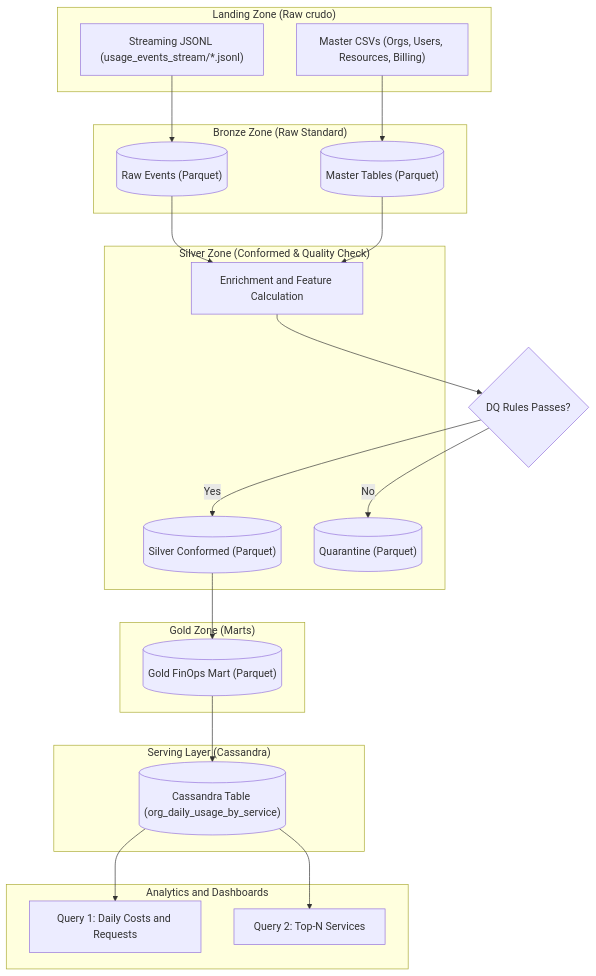
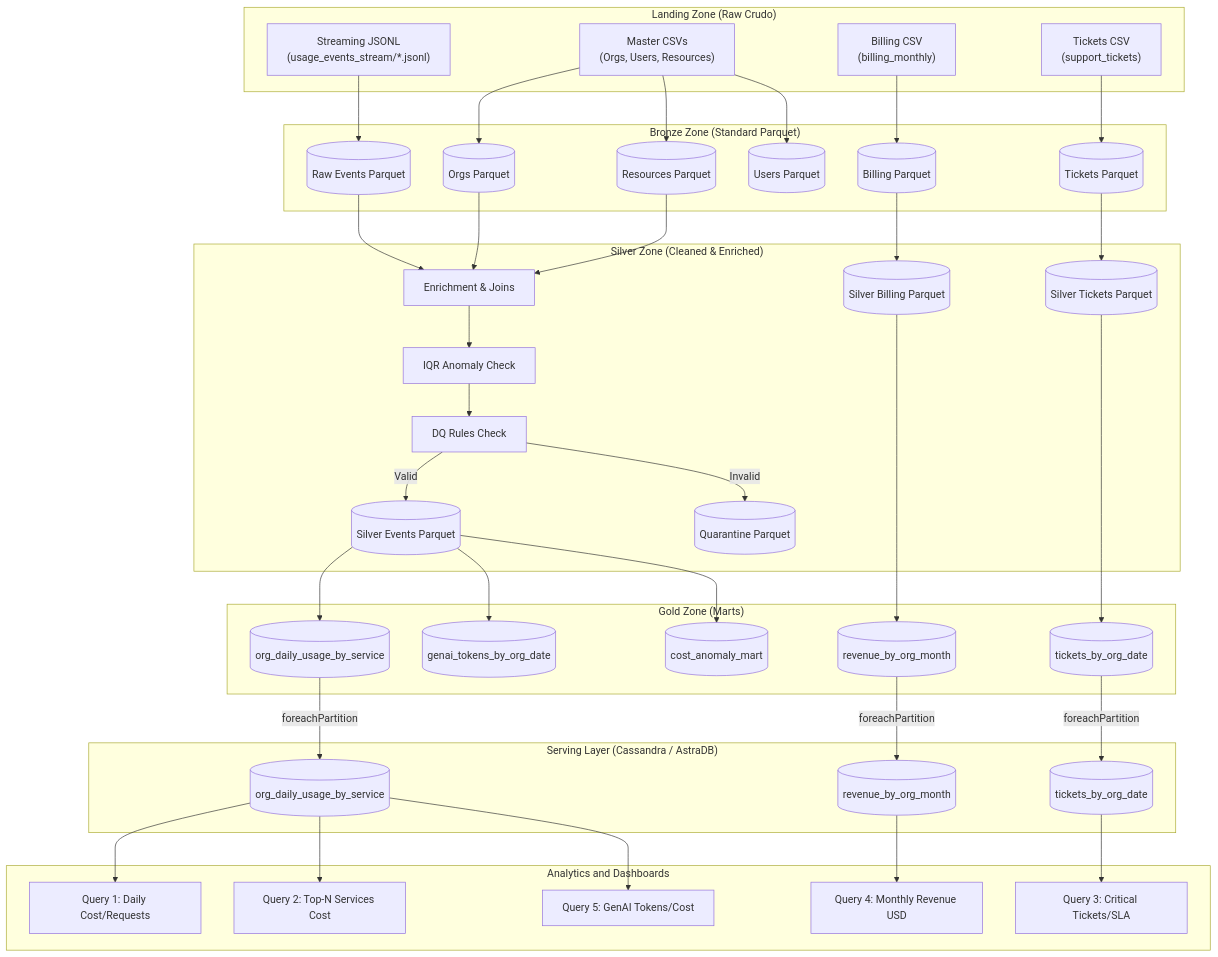
One commit to apodgornyitba/tp_bigdata changed the diagram in README.md. Above: the diagram before and after it, drawn with Mermaid. The commit also changed other lines of this file and 7 other files, not shown here.

Commit message:
feat: expand gold layer marts and implement distributed Cassandra ingestion for multi-table serving

````diff
--- a/README.md
+++ b/README.md
@@ -57,53 +101,86 @@
 ```mermaid
 graph TD
     %% Source Layer
-    subgraph Landing_Zone ["Landing Zone (Raw crudo)"]
-        CSV["Master CSVs (Orgs, Users, Resources, Billing)"]
-        JSONL["Streaming JSONL (usage_events_stream/*.jsonl)"]
+    subgraph Landing_Zone ["Landing Zone (Raw Crudo)"]
+        JSONL["Streaming JSONL<br>(usage_events_stream/*.jsonl)"]
+        CSV_Masters["Master CSVs<br>(Orgs, Users, Resources)"]
+        CSV_Billing["Billing CSV<br>(billing_monthly)"]
+        CSV_Tickets["Tickets CSV<br>(support_tickets)"]
     end
 
     %% Bronze Layer
-    subgraph Bronze_Zone ["Bronze Zone (Raw Standard)"]
-        B_Masters[("Master Tables (Parquet)")]
-        B_Events[("Raw Events (Parquet)")]
+    subgraph Bronze_Zone ["Bronze Zone (Standard Parquet)"]
+        B_Events[("Raw Events Parquet")]
+        B_Orgs[("Orgs Parquet")]
+        B_Res[("Resources Parquet")]
+        B_Users[("Users Parquet")]
+        B_Billing[("Billing Parquet")]
+        B_Tickets[("Tickets Parquet")]
     end
 
-    CSV --> B_Masters
     JSONL --> B_Events
+    CSV_Masters --> B_Orgs & B_Users & B_Res
+    CSV_Billing --> B_Billing
+    CSV_Tickets --> B_Tickets
 
     %% Silver Layer
-    subgraph Silver_Zone ["Silver Zone (Conformed & Quality Check)"]
-        S_Events[("Silver Conformed (Parquet)")]
-        Q_Events[("Quarantine (Parquet)")]
-        Join["Enrichment and Feature Calculation"]
+    subgraph Silver_Zone ["Silver Zone (Cleaned & Enriched)"]
+        S_Events[("Silver Events Parquet")]
+        S_Billing[("Silver Billing Parquet")]
+        S_Tickets[("Silver Tickets Parquet")]
+        Q_Events[("Quarantine Parquet")]
+        
+        Join["Enrichment & Joins"]
+        IQR["IQR Anomaly Check"]
+        DQ["DQ Rules Check"]
     end
 
     B_Events --> Join
-    B_Masters --> Join
-    Join --> Valid{"DQ Rules Passes?"}
-    Valid -->|Yes| S_Events
-    Valid -->|No| Q_Events
+    B_Orgs & B_Res --> Join
+    Join --> IQR
+    IQR --> DQ
+    DQ -->|Valid| S_Events
+    DQ -->|Invalid| Q_Events
+    
+    B_Billing --> S_Billing
+    B_Tickets --> S_Tickets
 
     %% Gold Layer
     subgraph Gold_Zone ["Gold Zone (Marts)"]
-        G_Mart[("Gold FinOps Mart (Parquet)")]
+        G_Usage[("org_daily_usage_by_service")]
+        G_GenAI[("genai_tokens_by_org_date")]
+        G_Anom[("cost_anomaly_mart")]
+        G_Rev[("revenue_by_org_month")]
+        G_Tkt[("tickets_by_org_date")]
     end
 
-    S_Events --> G_Mart
+    S_Events --> G_Usage
+    S_Events --> G_GenAI
+    S_Events --> G_Anom
+    S_Billing --> G_Rev
+    S_Tickets --> G_Tkt
 
     %% Serving Layer
-    subgraph Serving_Layer ["Serving Layer (Cassandra)"]
-        C_Table[("Cassandra Table (org_daily_usage_by_service)")]
+    subgraph Serving_Layer ["Serving Layer (Cassandra / AstraDB)"]
+        C_Usage[("org_daily_usage_by_service")]
+        C_Rev[("revenue_by_org_month")]
+        C_Tkt[("tickets_by_org_date")]
     end
 
-    G_Mart --> C_Table
+    G_Usage -->|foreachPartition| C_Usage
+    G_Rev -->|foreachPartition| C_Rev
+    G_Tkt -->|foreachPartition| C_Tkt
 
     %% Consumers
     subgraph Analytics ["Analytics and Dashboards"]
-        Query1["Query 1: Daily Costs and Requests"]
-        Query2["Query 2: Top-N Services"]
+        Query1["Query 1: Daily Cost/Requests"]
+        Query2["Query 2: Top-N Services Cost"]
+        Query5["Query 5: GenAI Tokens/Cost"]
+        Query4["Query 4: Monthly Revenue USD"]
+        Query3["Query 3: Critical Tickets/SLA"]
     end
 
-    C_Table --> Query1
-    C_Table --> Query2
+    C_Usage --> Query1 & Query2 & Query5
+    C_Rev --> Query4
+    C_Tkt --> Query3
 ```
````
